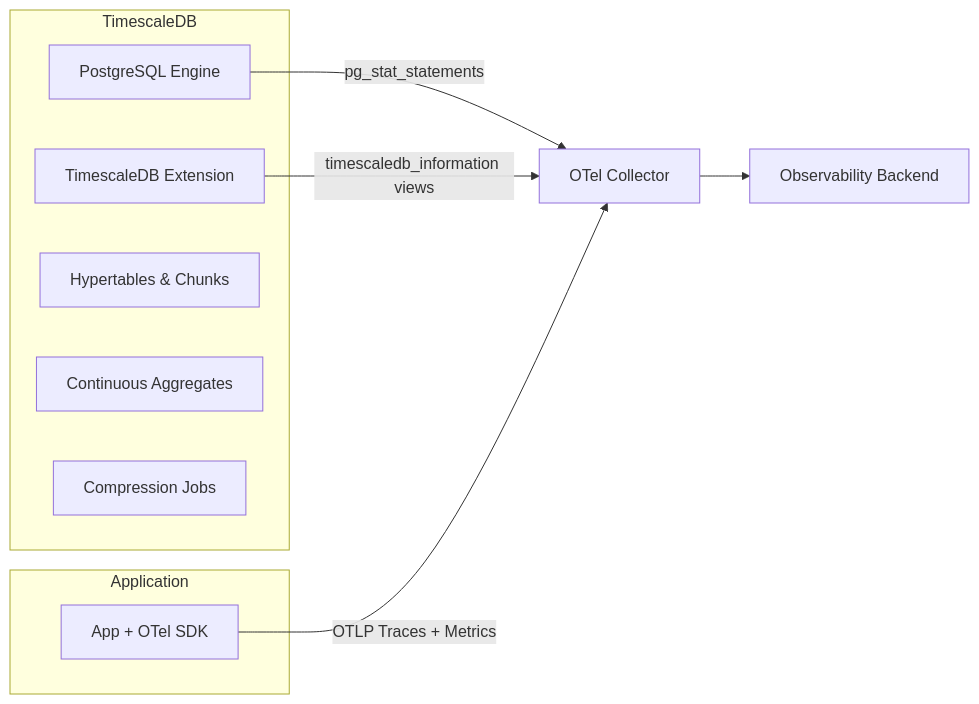
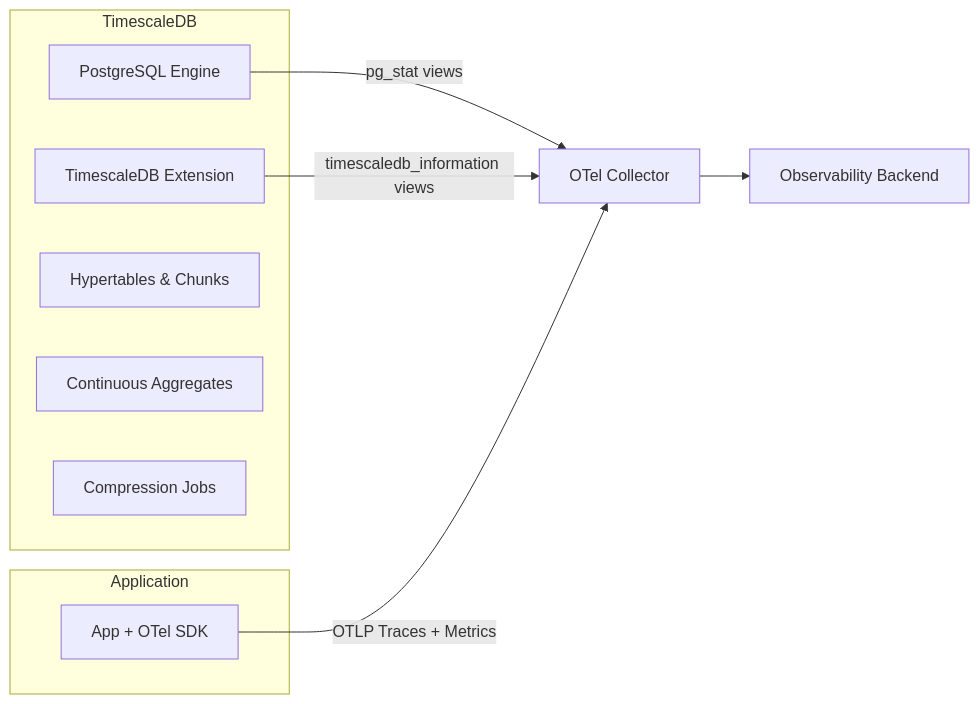
Before and after one commit to OneUptime/blog: the first of 2 diagrams in posts/2026-02-06-instrument-timescaledb-opentelemetry/README.md, drawn with Mermaid. The commit also changed other lines of this file and 2 other files, not shown here.

````diff
--- a/posts/2026-02-06-instrument-timescaledb-opentelemetry/README.md
+++ b/posts/2026-02-06-instrument-timescaledb-opentelemetry/README.md
@@ -21,19 +21,19 @@
 ```mermaid
 flowchart LR
     subgraph TimescaleDB
         PG[PostgreSQL Engine]
         TS[TimescaleDB Extension]
         HT[Hypertables & Chunks]
         CA[Continuous Aggregates]
         CJ[Compression Jobs]
     end
 
     subgraph Application
         App[App + OTel SDK]
     end
 
-    PG -->|pg_stat_statements| Col[OTel Collector]
+    PG -->|pg_stat views| Col[OTel Collector]
     TS -->|timescaledb_information views| Col
     App -->|OTLP Traces + Metrics| Col
     Col --> Backend[Observability Backend]
 ```
````
